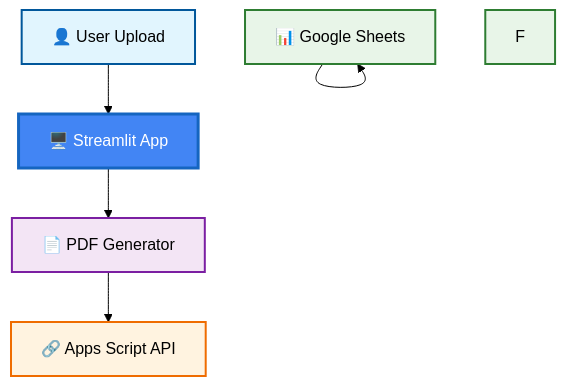
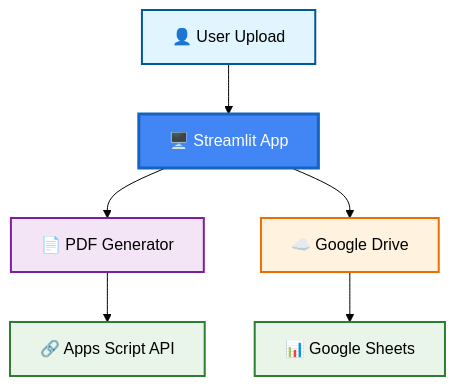
The first of 2 diagrams in README.md (Felipe-Aranda-INV/Google-Chiron.SxS_PDF_Generator), drawn with Mermaid (forest theme) before and after one commit. The commit also changed other lines of this file, not shown here.

````diff
--- a/README.md
+++ b/README.md
@@ -11,15 +11,15 @@
 ```mermaid
 graph TD
     A[👤 User Upload] --> B[🖥️ Streamlit App]
     B --> C[📄 PDF Generator]
-    C --> E[🔗 Apps Script API]
-    D[☁️ Google Drive] --> D[📊 Google Sheets]
-    
+    C --> D[🔗 Apps Script API]
+    B --> E[☁️ Google Drive]
+    E --> F[📊 Google Sheets]
     
     style A fill:#e1f5fe,stroke:#01579b,stroke-width:2px
     style B fill:#4285f4,color:#fff,stroke:#1565c0,stroke-width:3px
     style C fill:#f3e5f5,stroke:#7b1fa2,stroke-width:2px
     style D fill:#e8f5e8,stroke:#2e7d32,stroke-width:2px
     style E fill:#fff3e0,stroke:#ef6c00,stroke-width:2px
     style F fill:#e8f5e8,stroke:#2e7d32,stroke-width:2px
 ```
````
